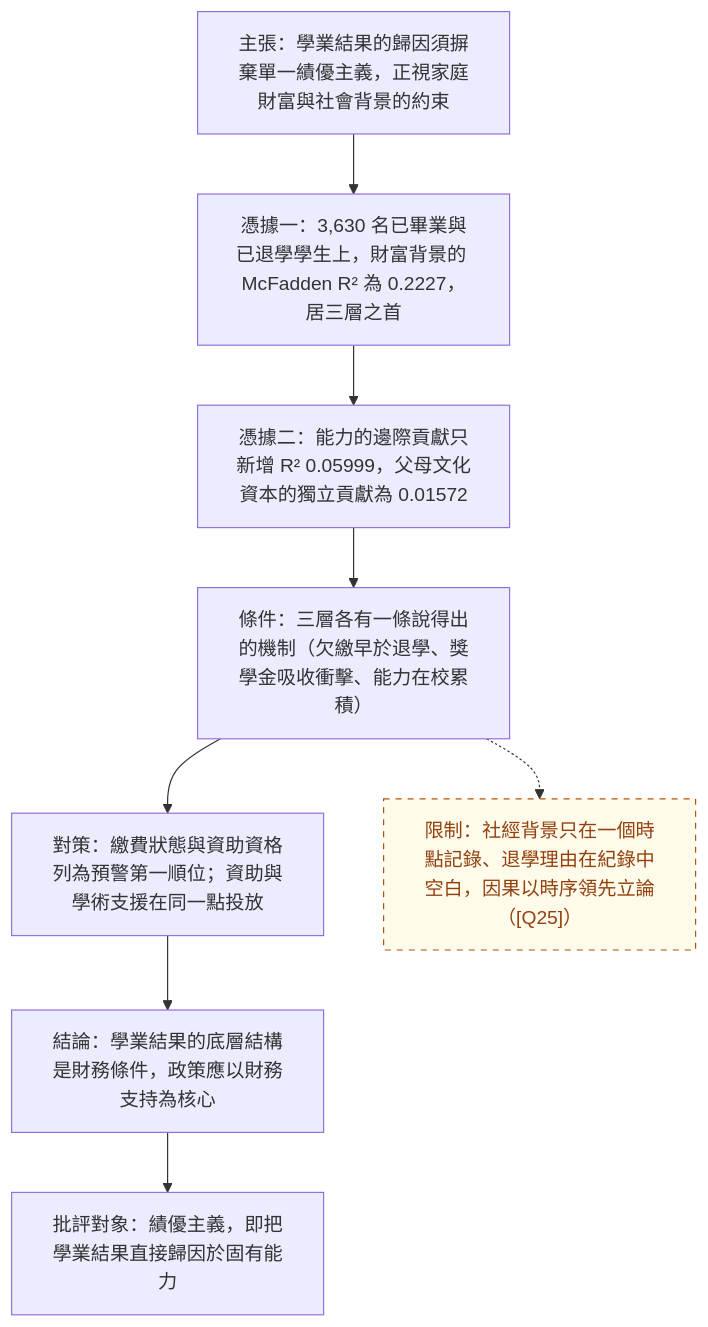
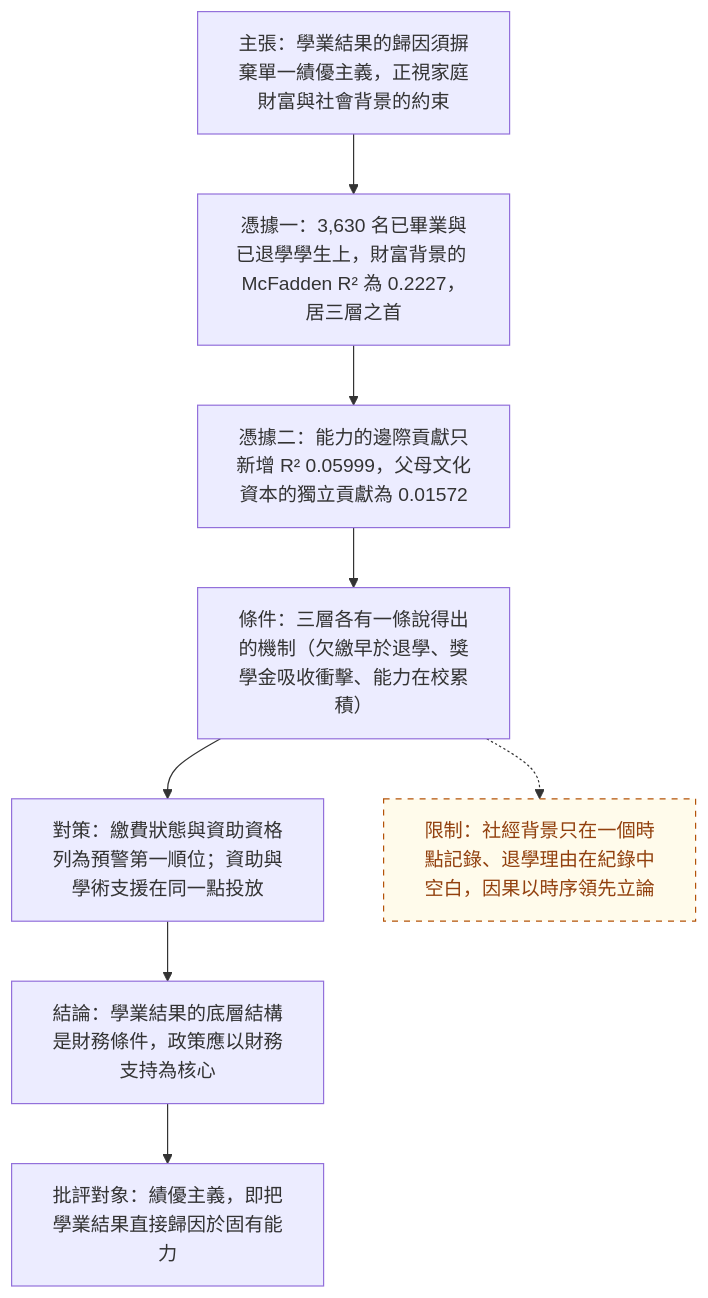
One commit to LaiTszKin/ams2640-group-project changed the diagram in docs/diagrams/01-argument.mmd. Above: the diagram before and after it, drawn with Mermaid. The commit also changed 21 other files, not shown here.

Commit message:
diagrams: 全部刪除 Q(n) 引用，來源只指向本報告；02 的 Q1/Q2 改為 G1/G2；四圖中英重繪

```diff
--- a/docs/diagrams/01-argument.mmd
+++ b/docs/diagrams/01-argument.mmd
@@ -1,19 +1,19 @@
-%% source: docs/statement.md §一（主張與 R² 實證）、§二（三條機制）、§三（兩項對策）、§四（公平）；限制一句取自 docs/report.md 的範圍界定（[Q25]）
+%% 依據：本報告一（主張與 R² 實證）、二（三條機制）、三（兩項對策）、四（公平）；限制一句取本報告的主題與範圍（因果推論不在範圍）
 flowchart TD
   C["主張：學業結果的歸因須摒棄單一績優主義，正視家庭財富與社會背景的約束"]
   W1["憑據一：3,630 名已畢業與已退學學生上，財富背景的 McFadden R² 為 0.2227，居三層之首"]
   W2["憑據二：能力的邊際貢獻只新增 R² 0.05999，父母文化資本的獨立貢獻為 0.01572"]
   O["條件：三層各有一條說得出的機制（欠繳早於退學、獎學金吸收衝擊、能力在校累積）"]
   P["對策：繳費狀態與資助資格列為預警第一順位；資助與學術支援在同一點投放"]
   R["結論：學業結果的底層結構是財務條件，政策應以財務支持為核心"]
   N["批評對象：績優主義，即把學業結果直接歸因於固有能力"]
-  X["限制：社經背景只在一個時點記錄、退學理由在紀錄中空白，因果以時序領先立論（[Q25]）"]
+  X["限制：社經背景只在一個時點記錄、退學理由在紀錄中空白，因果以時序領先立論"]
   C --> W1
   W1 --> W2
   W2 --> O
   O --> P
   P --> R
   R --> N
   O -.-> X
   classDef open stroke-dasharray: 5 5,stroke:#b45309,color:#92400e,fill:#fffbeb
   class X open
```
